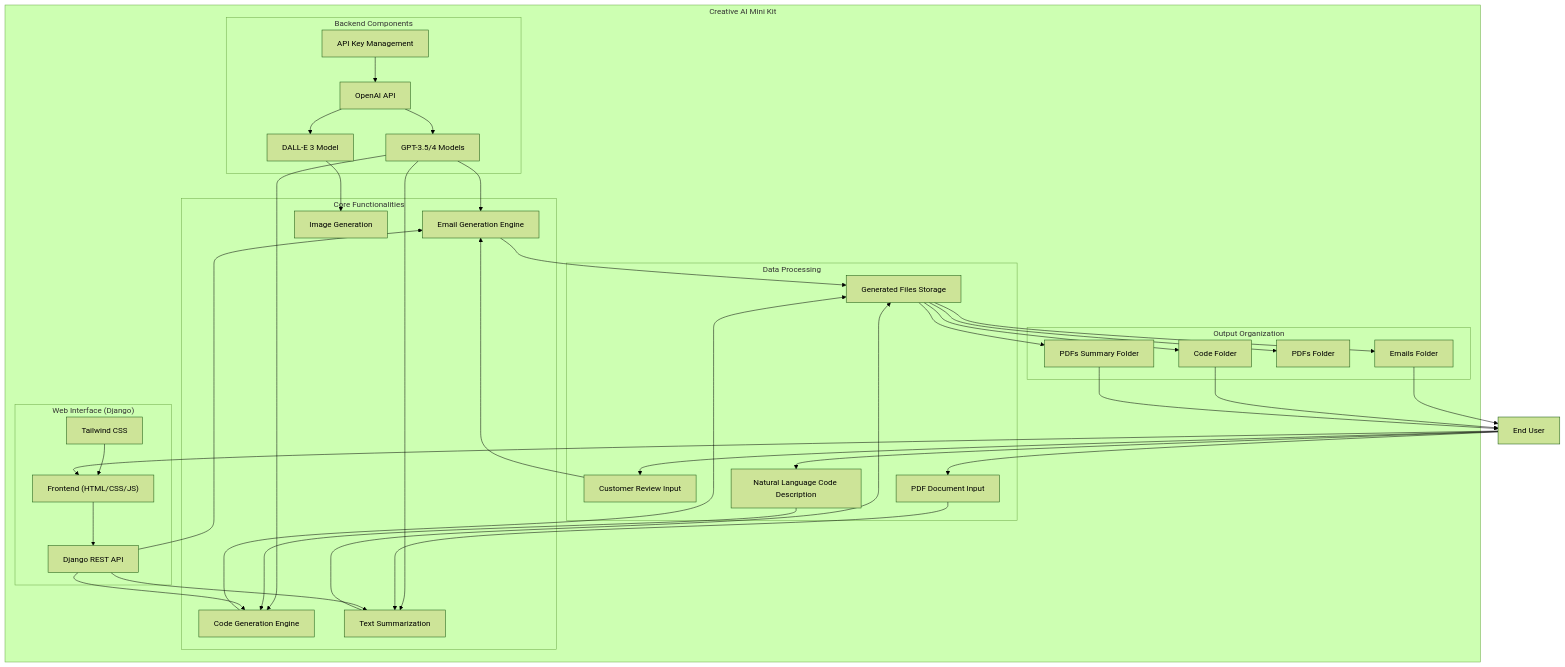
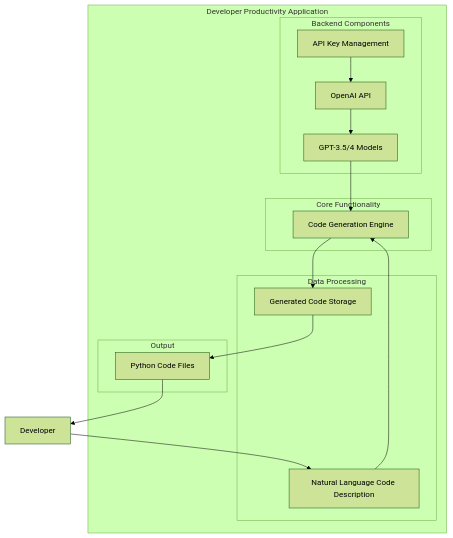
One commit to Swamy-s-Tech-Skills-Academy-AI-ML-Data/creative-ai-mini-kit changed the second of 3 diagrams in docs/demo_script.md. Above: the diagram before and after it, drawn with Mermaid (forest theme). The commit also changed other lines of this file, not shown here.

````diff
--- a/docs/demo_script.md
+++ b/docs/demo_script.md
@@ -34,74 +77,34 @@
 ```mermaid
 graph TD
-    subgraph "Creative AI Mini Kit"
+    subgraph "Developer Productivity Application"
         subgraph "Backend Components"
-            OpenAIAPI[OpenAI API]
-            GPT["GPT-3.5/4 Models"]
-            DALLE["DALL-E 3 Model"]
+            OpenAIAPI2[OpenAI API]
+            GPT2["GPT-3.5/4 Models"]
+            APIKey2["API Key Management"]
             
-            APIKey["API Key Management"]
-            
-            OpenAIAPI --> GPT
-            OpenAIAPI --> DALLE
-            APIKey --> OpenAIAPI
+            OpenAIAPI2 --> GPT2
+            APIKey2 --> OpenAIAPI2
         end
         
-        subgraph "Core Functionalities"
-            EmailGen["Email Generation Engine"]
+        subgraph "Core Functionality"
             CodeGen["Code Generation Engine"]
-            TextSum["Text Summarization"]
-            ImgGen["Image Generation"]
-            
-            GPT --> EmailGen
-            GPT --> CodeGen
-            GPT --> TextSum
-            DALLE --> ImgGen
+            GPT2 --> CodeGen
         end
         
         subgraph "Data Processing"
-            ReviewInput["Customer Review Input"]
             CodePrompt["Natural Language Code Description"]
-            PDFInput["PDF Document Input"]
-            FileStorage["Generated Files Storage"]
+            FileStorage2["Generated Code Storage"]
             
-            ReviewInput --> EmailGen
             CodePrompt --> CodeGen
-            PDFInput --> TextSum
-            EmailGen --> FileStorage
-            CodeGen --> FileStorage
-            TextSum --> FileStorage
+            CodeGen --> FileStorage2
         end
         
-        subgraph "Output Organization"
-            EmailsFolder["Emails Folder"]
-            CodeFolder["Code Folder"]
-            PDFsFolder["PDFs Folder"]
-            SummaryFolder["PDFs Summary Folder"]
-            
-            FileStorage --> EmailsFolder
-            FileStorage --> CodeFolder
-            FileStorage --> PDFsFolder
-            FileStorage --> SummaryFolder
-        end
-        
-        subgraph "Web Interface (Django)"
-            Frontend["Frontend (HTML/CSS/JS)"]
-            API["Django REST API"]
-            TailwindCSS["Tailwind CSS"]
-            
-            API --> EmailGen
-            API --> CodeGen
-            API --> TextSum
-            TailwindCSS --> Frontend
-            Frontend --> API
+        subgraph "Output"
+            CodeFolder["Python Code Files"]
+            FileStorage2 --> CodeFolder
         end
     end
     
-    User["End User"] --> Frontend
-    User --> ReviewInput
-    User --> CodePrompt
-    User --> PDFInput
-    EmailsFolder --> User
-    CodeFolder --> User
-    SummaryFolder --> User
+    User2["Developer"] --> CodePrompt
+    CodeFolder --> User2
 ```
````
